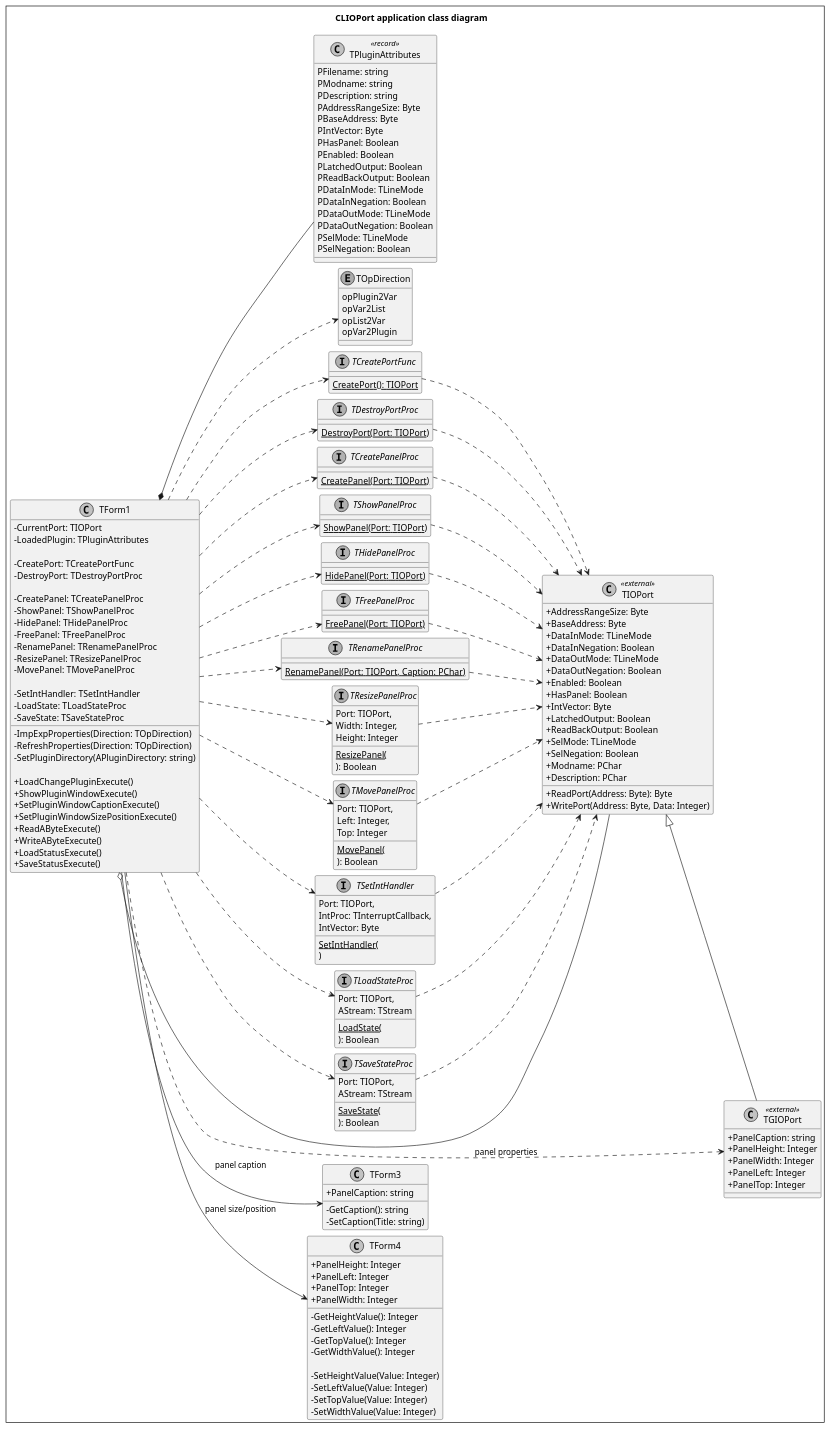
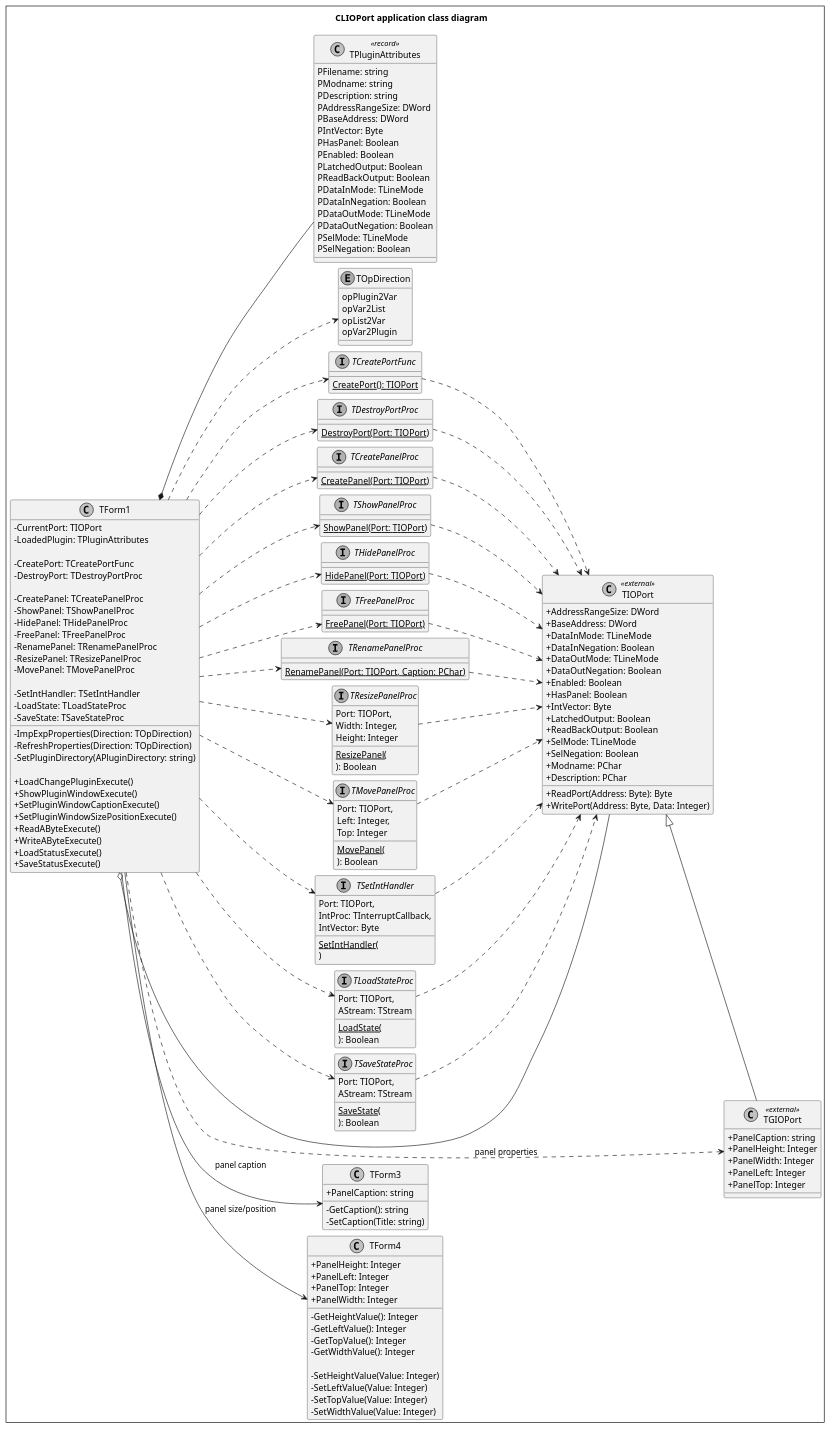
One commit to pozsarzs/corelab changed the diagram in document/code/diagrams/source/class_clioport.puml. Above: the diagram before and after it, drawn with PlantUML. The commit also changed 22 other files, not shown here.

```diff
--- a/document/code/diagrams/source/class_clioport.puml
+++ b/document/code/diagrams/source/class_clioport.puml
@@ -22,8 +22,8 @@
     PFilename: string
     PModname: string
     PDescription: string
-    PAddressRangeSize: Byte
-    PBaseAddress: Byte
+    PAddressRangeSize: DWord
+    PBaseAddress: DWord
     PIntVector: Byte
     PHasPanel: Boolean
     PEnabled: Boolean
@@ -119,8 +119,8 @@
 ' ============================================================
 
 class TIOPort <<external>> {
-    +AddressRangeSize: Byte
-    +BaseAddress: Byte
+    +AddressRangeSize: DWord
+    +BaseAddress: DWord
     +DataInMode: TLineMode
     +DataInNegation: Boolean
     +DataOutMode: TLineMode
```
